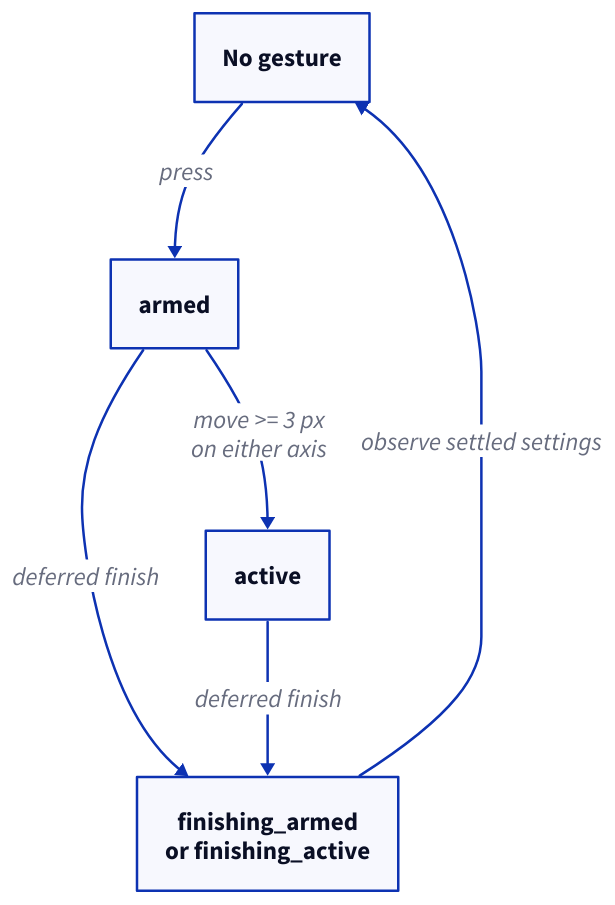
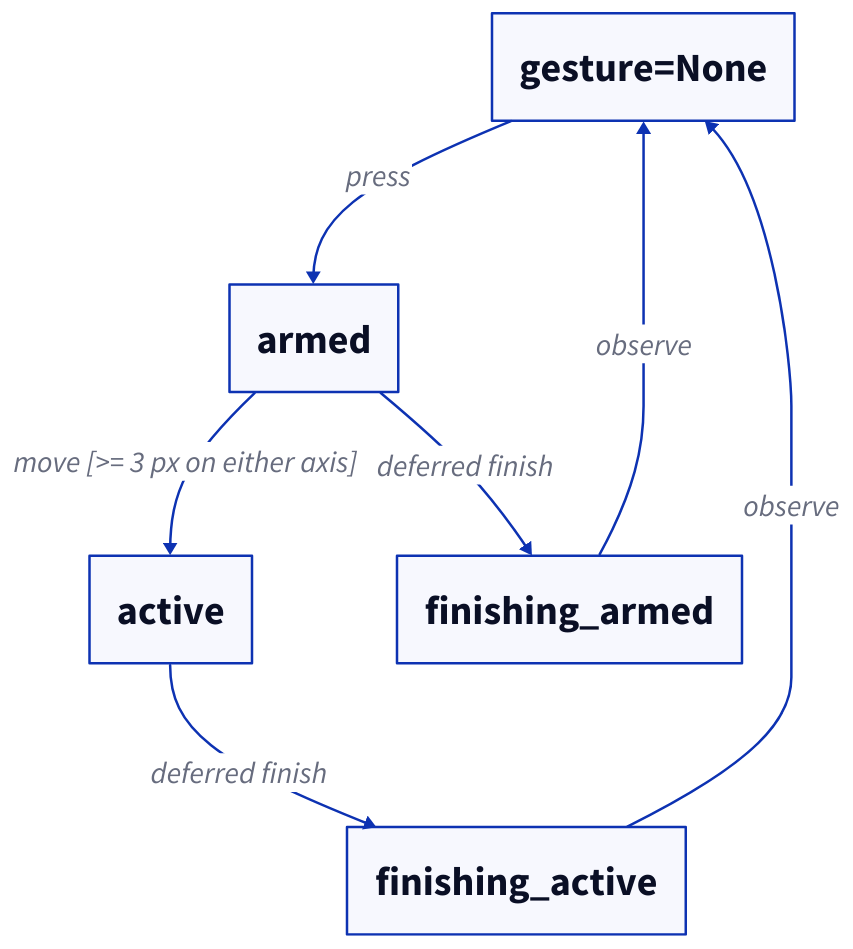
One commit to rei277hz/chromaticity changed the diagram in products/perceptual-grade-book/docs/book/diagrams/07b-gesture-participants.d2. Above: the diagram before and after it, drawn with D2. The commit also changed 266 other files, not shown here.

```diff
--- a/products/perceptual-grade-book/docs/book/diagrams/07b-gesture-participants.d2
+++ b/products/perceptual-grade-book/docs/book/diagrams/07b-gesture-participants.d2
@@ -1,14 +1,16 @@
 direction: down
 
-absent: "No gesture"
+absent: "gesture=None"
 armed: "armed"
 active: "active"
-finishing: "finishing_armed\nor finishing_active"
+finishing_armed: "finishing_armed"
+finishing_active: "finishing_active"
 absent -> armed: "press"
-armed -> active: "move >= 3 px\non either axis"
-armed -> finishing: "deferred finish"
-active -> finishing: "deferred finish"
-finishing -> absent: "observe settled settings"
+armed -> active: "move [>= 3 px on either axis]"
+armed -> finishing_armed: "deferred finish"
+active -> finishing_active: "deferred finish"
+finishing_armed -> absent: "observe"
+finishing_active -> absent: "observe"
 
-**.style.font-size: 20
-(** -> **)[*].style.font-size: 20
+**.style.font-size: 32
+(** -> **)[*].style.font-size: 24
```
